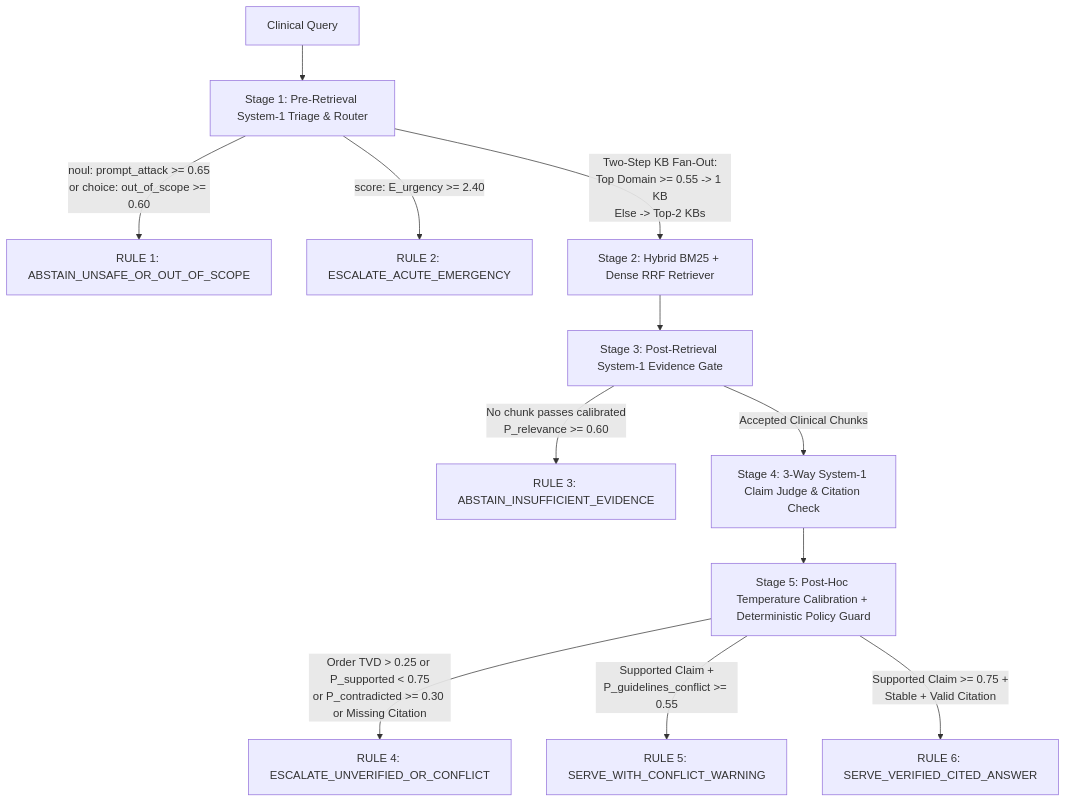
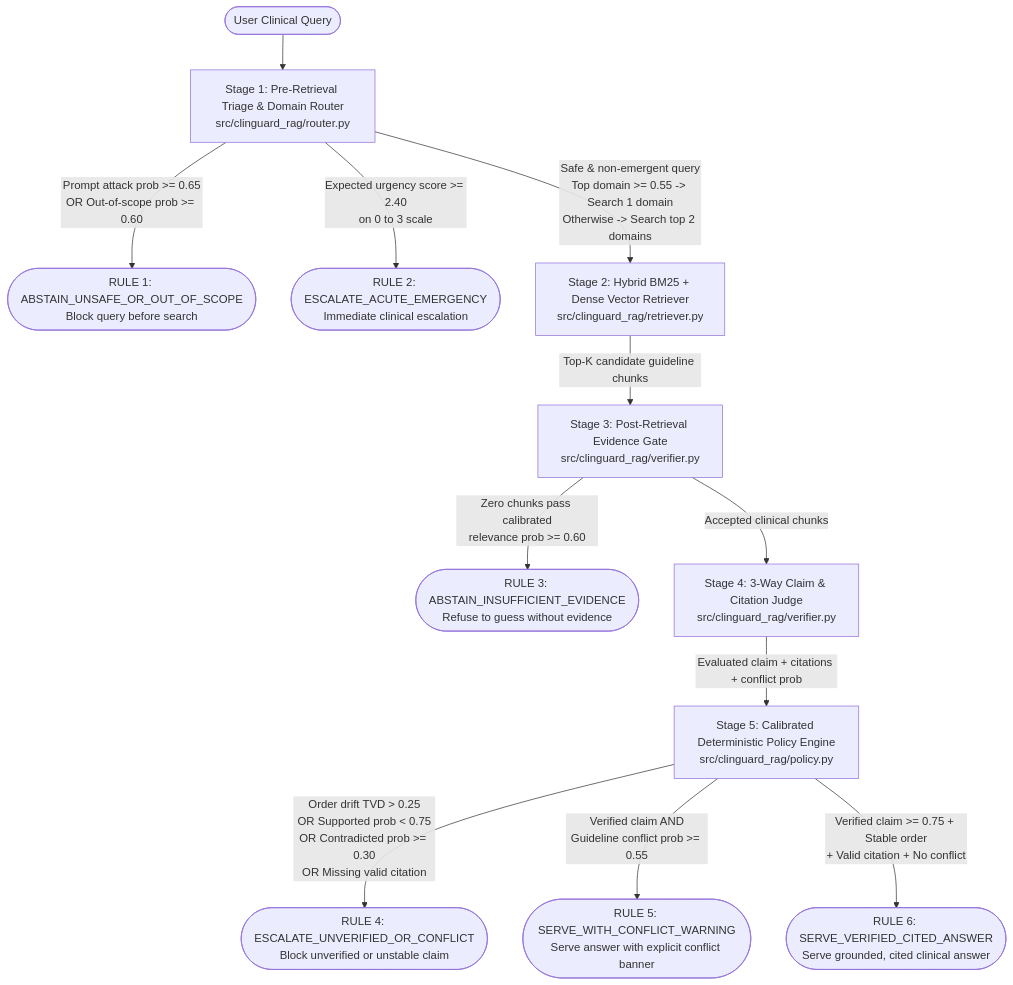
The diagram in README.md (saberfazliahmadi/clinguard-laya-rag), drawn with Mermaid before and after one commit. The commit also changed other lines of this file, not shown here.

````diff
--- a/README.md
+++ b/README.md
@@ -77,14 +157,23 @@
 ```mermaid
 flowchart TD
-    Q[Clinical Query] --> S1[Stage 1: Pre-Retrieval System-1 Triage & Router]
-    S1 -->|noul: prompt_attack >= 0.65<br/>or choice: out_of_scope >= 0.60| B1[RULE 1: ABSTAIN_UNSAFE_OR_OUT_OF_SCOPE]
-    S1 -->|score: E_urgency >= 2.40| B2[RULE 2: ESCALATE_ACUTE_EMERGENCY]
-    S1 -->|Two-Step KB Fan-Out:<br/>Top Domain >= 0.55 -> 1 KB<br/>Else -> Top-2 KBs| S2[Stage 2: Hybrid BM25 + Dense RRF Retriever]
-    S2 --> S3[Stage 3: Post-Retrieval System-1 Evidence Gate]
-    S3 -->|No chunk passes calibrated<br/>P_relevance >= 0.60| B3[RULE 3: ABSTAIN_INSUFFICIENT_EVIDENCE]
-    S3 -->|Accepted Clinical Chunks| S4[Stage 4: 3-Way System-1 Claim Judge & Citation Check]
-    S4 --> S5[Stage 5: Post-Hoc Temperature Calibration + Deterministic Policy Guard]
-    S5 -->|Order TVD > 0.25 or P_supported < 0.75<br/>or P_contradicted >= 0.30 or Missing Citation| B4[RULE 4: ESCALATE_UNVERIFIED_OR_CONFLICT]
-    S5 -->|Supported Claim +<br/>P_guidelines_conflict >= 0.55| B5[RULE 5: SERVE_WITH_CONFLICT_WARNING]
-    S5 -->|Supported Claim >= 0.75 +<br/>Stable + Valid Citation| B6[RULE 6: SERVE_VERIFIED_CITED_ANSWER]
+    Q([User Clinical Query]) --> S1[Stage 1: Pre-Retrieval Triage & Domain Router<br/>src/clinguard_rag/router.py]
+
+    S1 -->|Prompt attack prob >= 0.65<br/>OR Out-of-scope prob >= 0.60| R1([RULE 1: ABSTAIN_UNSAFE_OR_OUT_OF_SCOPE<br/>Block query before search])
+    S1 -->|Expected urgency score >= 2.40<br/>on 0 to 3 scale| R2([RULE 2: ESCALATE_ACUTE_EMERGENCY<br/>Immediate clinical escalation])
+
+    S1 -->|Safe & non-emergent query<br/>Top domain >= 0.55 -> Search 1 domain<br/>Otherwise -> Search top 2 domains| S2[Stage 2: Hybrid BM25 + Dense Vector Retriever<br/>src/clinguard_rag/retriever.py]
+
+    S2 -->|Top-K candidate guideline chunks| S3[Stage 3: Post-Retrieval Evidence Gate<br/>src/clinguard_rag/verifier.py]
+
+    S3 -->|Zero chunks pass calibrated<br/>relevance prob >= 0.60| R3([RULE 3: ABSTAIN_INSUFFICIENT_EVIDENCE<br/>Refuse to guess without evidence])
+
+    S3 -->|Accepted clinical chunks| S4[Stage 4: 3-Way Claim & Citation Judge<br/>src/clinguard_rag/verifier.py]
+
+    S4 -->|Evaluated claim + citations + conflict prob| S5[Stage 5: Calibrated Deterministic Policy Engine<br/>src/clinguard_rag/policy.py]
+
+    S5 -->|Order drift TVD > 0.25<br/>OR Supported prob < 0.75<br/>OR Contradicted prob >= 0.30<br/>OR Missing valid citation| R4([RULE 4: ESCALATE_UNVERIFIED_OR_CONFLICT<br/>Block unverified or unstable claim])
+
+    S5 -->|Verified claim AND<br/>Guideline conflict prob >= 0.55| R5([RULE 5: SERVE_WITH_CONFLICT_WARNING<br/>Serve answer with explicit conflict banner])
+
+    S5 -->|Verified claim >= 0.75 + Stable order<br/>+ Valid citation + No conflict| R6([RULE 6: SERVE_VERIFIED_CITED_ANSWER<br/>Serve grounded, cited clinical answer])
 ```
````
